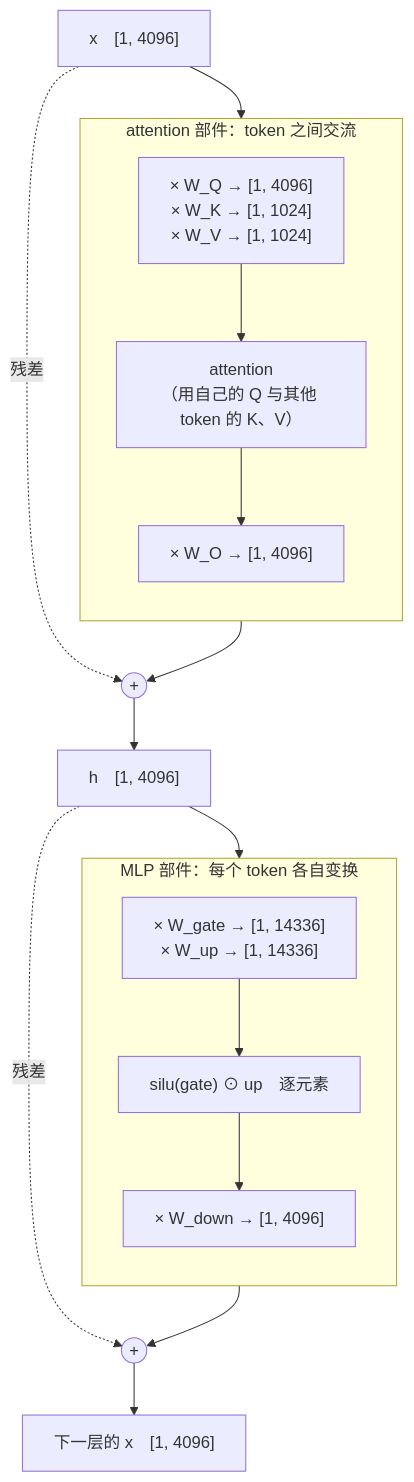
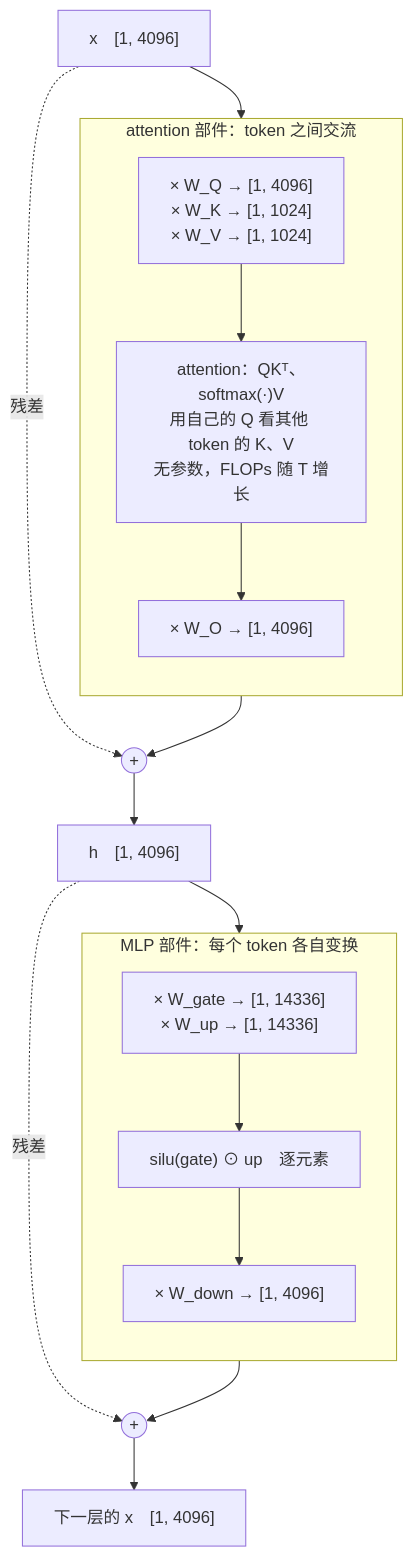
The diagram in _posts/2026-01-08-vectors-matrices-shapes-and-flops.md (arganzheng/arganzheng.github.com), drawn with Mermaid before and after one commit. The commit also changed other lines of this file and 13 other files, not shown here.

First line of the commit message:
数学 01–05 按 9-22 划线反馈修订：token≠字、隐藏维度的由来、2N 的前提、广播/多头/LoRA 三张图、QK-norm、范数对比表、正交矩阵先例子再定义、SVD 形状图、边缘概率与 √d_k 的数字例子、分布形状图、KV cache 因果图、减最大值手算

````diff
--- a/_posts/2026-01-08-vectors-matrices-shapes-and-flops.md
+++ b/_posts/2026-01-08-vectors-matrices-shapes-and-flops.md
@@ -303,26 +317,26 @@
 ```mermaid
 %%{init: {"flowchart": {"wrappingWidth": 180}}}%%
 %% 图：一个 Transformer 层的七个权重矩阵：attention 部件四个、MLP 部件三个，以 Llama-3-8B 的形状标注
 flowchart TB
     X["x　[1, 4096]"]
     subgraph ATTN["attention 部件：token 之间交流"]
         direction TB
         P["× W_Q → [1, 4096]<br/>× W_K → [1, 1024]<br/>× W_V → [1, 1024]"]
-        A["attention<br/>（用自己的 Q 与其他 token 的 K、V）"]
+        A["attention：QKᵀ、softmax(·)V<br/>用自己的 Q 看其他 token 的 K、V<br/>无参数，FLOPs 随 T 增长"]
         O["× W_O → [1, 4096]"]
         P --> A --> O
     end
     subgraph MLP["MLP 部件：每个 token 各自变换"]
         direction TB
         G["× W_gate → [1, 14336]<br/>× W_up → [1, 14336]"]
         S["silu(gate) ⊙ up　逐元素"]
         D["× W_down → [1, 4096]"]
         G --> S --> D
     end
     X --> P
     O --> ADD1(("+")) --> H["h　[1, 4096]"]
     X -. 残差 .-> ADD1
     H --> G
     D --> ADD2(("+")) --> Y["下一层的 x　[1, 4096]"]
     H -. 残差 .-> ADD2
 ```
````
